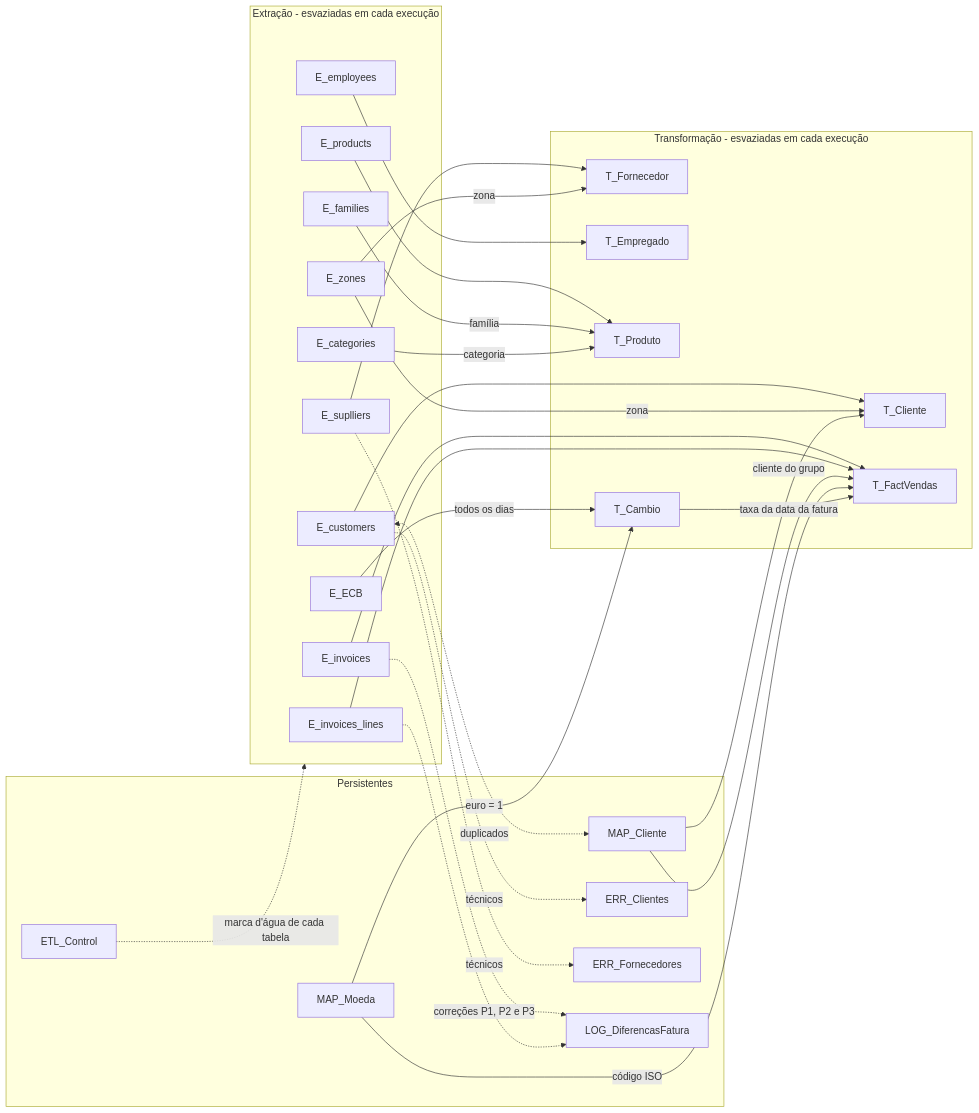
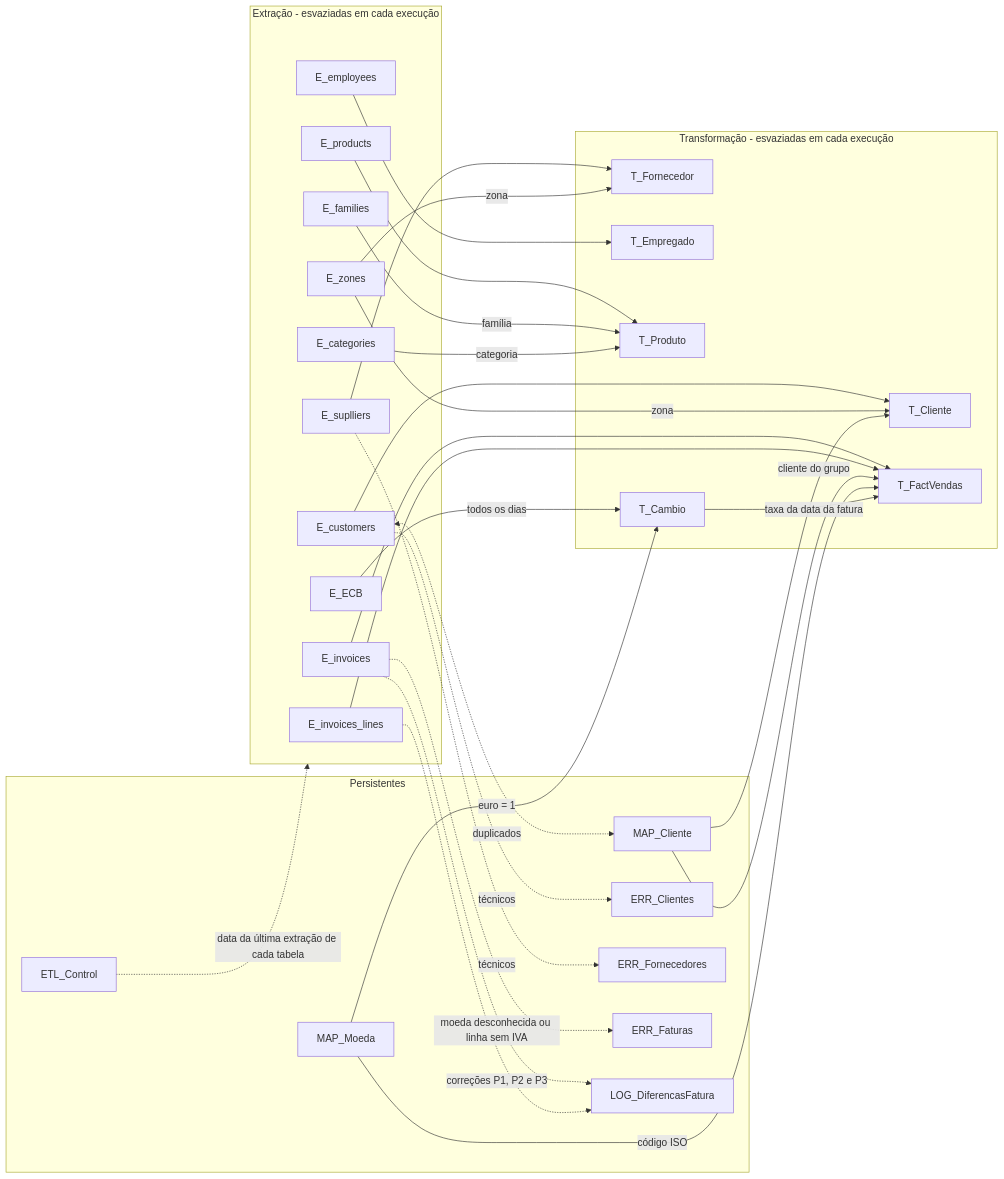
The third of 4 diagrams in docs/modelo-dimensional/diagrama-bd.md (1231478-Ellah-Fleischmann/ARMDD_26-27_1231478_1260464), drawn with Mermaid before and after one commit. The commit also changed other lines of this file and 2 other files, not shown here.

Commit message:
docs: índice completo, decisões, figura 1 e diagramas atualizados

````diff
--- a/docs/modelo-dimensional/diagrama-bd.md
+++ b/docs/modelo-dimensional/diagrama-bd.md
@@ -170,62 +173,64 @@
 ```mermaid
 flowchart LR
     subgraph EXT["Extração - esvaziadas em cada execução"]
         rc["E_customers"]
         rs["E_suplliers"]
         re["E_employees"]
         rp["E_products"]
         rf["E_families"]
         rcat["E_categories"]
         rz["E_zones"]
         ri["E_invoices"]
         rl["E_invoices_lines"]
         recb["E_ECB"]
     end
 
     subgraph TRF["Transformação - esvaziadas em cada execução"]
         tc["T_Cliente"]
         tf["T_Fornecedor"]
         te["T_Empregado"]
         tp["T_Produto"]
         tcam["T_Cambio"]
         tfv["T_FactVendas"]
     end
 
     subgraph PERS["Persistentes"]
         ctl["ETL_Control"]
         mc["MAP_Cliente"]
         mm["MAP_Moeda"]
         ec["ERR_Clientes"]
         ef["ERR_Fornecedores"]
+        efa["ERR_Faturas"]
         lg["LOG_DiferencasFatura"]
     end
 
     rc --> tc
     rz -- "zona" --> tc
     rc -. "técnicos" .-> ec
     rc <-. "duplicados" .-> mc
     mc --> tc
 
     rs --> tf
     rz -- "zona" --> tf
     rs -. "técnicos" .-> ef
 
     re --> te
 
     rp --> tp
     rf -- "família" --> tp
     rcat -- "categoria" --> tp
 
     recb -- "todos os dias" --> tcam
     mm -- "euro = 1" --> tcam
 
     ri --> tfv
+    ri -. "moeda desconhecida ou linha sem IVA" .-> efa
     rl --> tfv
     mc -- "cliente do grupo" --> tfv
     mm -- "código ISO" --> tfv
     tcam -- "taxa da data da fatura" --> tfv
     ri -. "correções P1, P2 e P3" .-> lg
     rl -.-> lg
 
-    ctl -. "marca d'água de cada tabela" .-> EXT
+    ctl -. "data da última extração de cada tabela" .-> EXT
 ```
````
